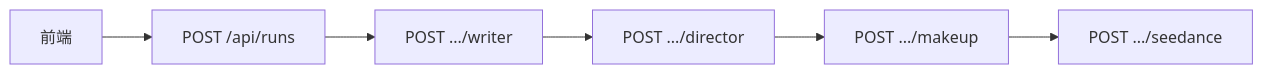
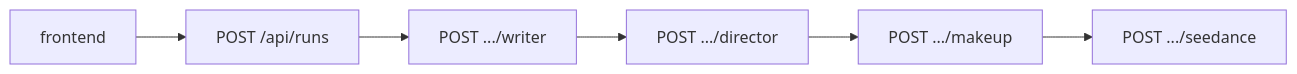
One commit to Harvey-Yuan/seedance_video_demo changed the diagram in API.md. Above: the diagram before and after it, drawn with Mermaid. The commit also changed other lines of this file and 3 other files, not shown here.

````diff
--- a/API.md
+++ b/API.md
@@ -11,10 +11,10 @@
 ```mermaid
 flowchart LR
-  fe[前端]
+  fe[frontend]
   r[POST /api/runs]
   w[POST .../writer]
   d[POST .../director]
   m[POST .../makeup]
   s[POST .../seedance]
   fe --> r --> w --> d --> m --> s
 ```
````
